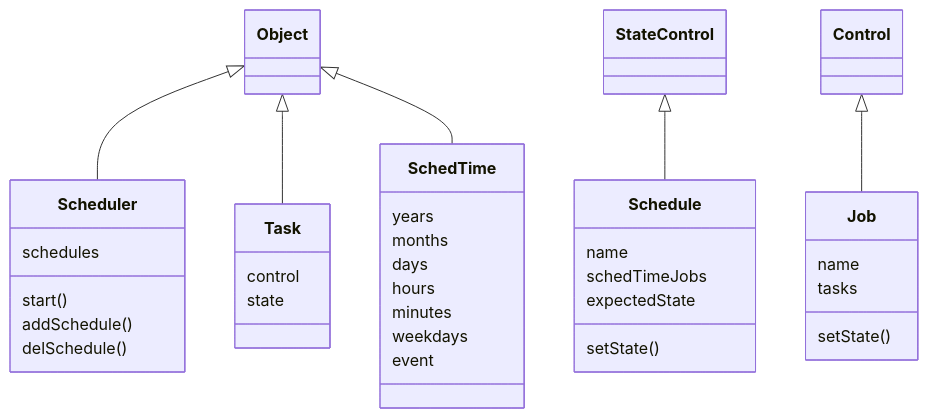
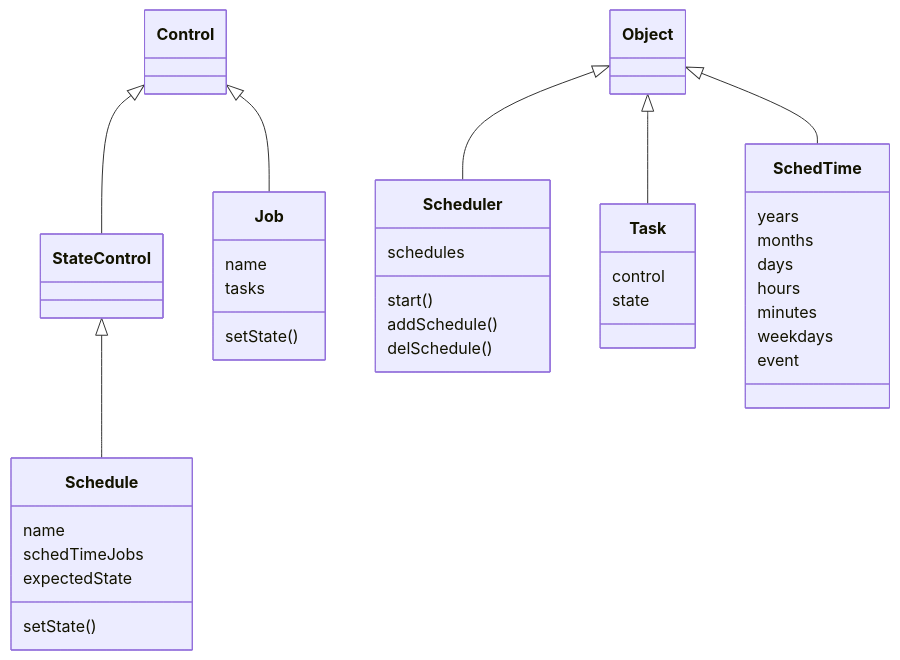
One commit to jbuehl/homealone changed the diagram in docs/README.scheduler.md. Above: the diagram before and after it, drawn with Mermaid. The commit also changed other lines of this file, not shown here.

````diff
--- a/docs/README.scheduler.md
+++ b/docs/README.scheduler.md
@@ -8,28 +8,29 @@
 ```mermaid
 classDiagram
 	Object <|-- Scheduler
 	StateControl <|-- Schedule
-	Control <|-- Job
+    Control <|-- StateControl
+    Control <|-- Job
 	Object <|-- Task
 	Object <|-- SchedTime
 	Scheduler: schedules
 	Scheduler: start()
 	Scheduler: addSchedule()
 	Scheduler: delSchedule()
 	Schedule: name
     Schedule: schedTimeJobs
     Schedule: expectedState
 	Schedule: setState()
 	Job: name
 	Job: tasks
 	Job: setState()
 	Task: control
 	Task: state
 	SchedTime: years
 	SchedTime: months
 	SchedTime: days
 	SchedTime: hours
 	SchedTime: minutes
 	SchedTime: weekdays
 	SchedTime: event
 ```
````
